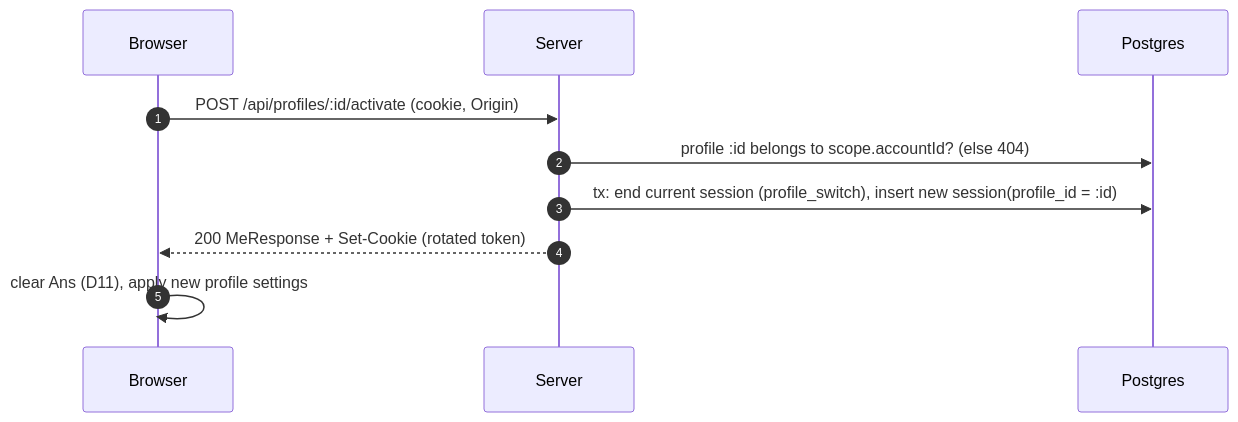
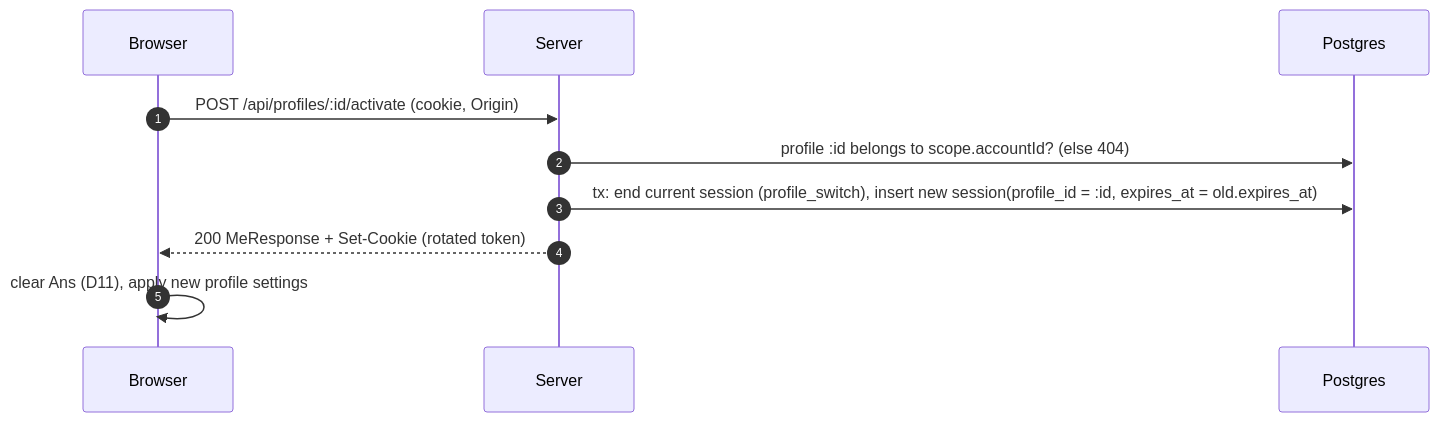
One commit to chjort/calculator-web changed the fourth of 4 diagrams in docs/architecture/R2.md. Above: the diagram before and after it, drawn with Mermaid. The commit also changed other lines of this file and 4 other files, not shown here.

````diff
--- a/docs/architecture/R2.md
+++ b/docs/architecture/R2.md
@@ -75,12 +78,12 @@
 ```mermaid
 sequenceDiagram
   autonumber
   participant B as Browser
   participant S as Server
   participant D as Postgres
   B->>S: POST /api/profiles/:id/activate (cookie, Origin)
   S->>D: profile :id belongs to scope.accountId? (else 404)
-  S->>D: tx: end current session (profile_switch), insert new session(profile_id = :id)
+  S->>D: tx: end current session (profile_switch), insert new session(profile_id = :id, expires_at = old.expires_at)
   S-->>B: 200 MeResponse + Set-Cookie (rotated token)
   B->>B: clear Ans (D11), apply new profile settings
 ```
````
